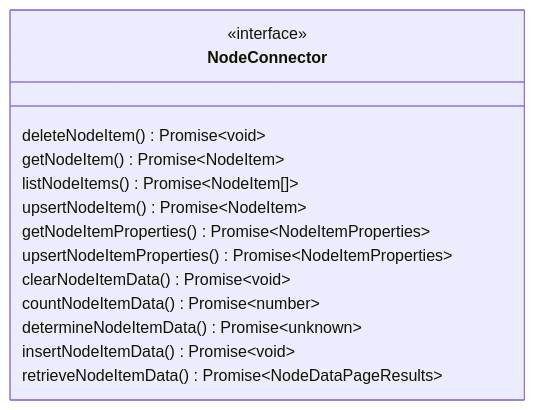
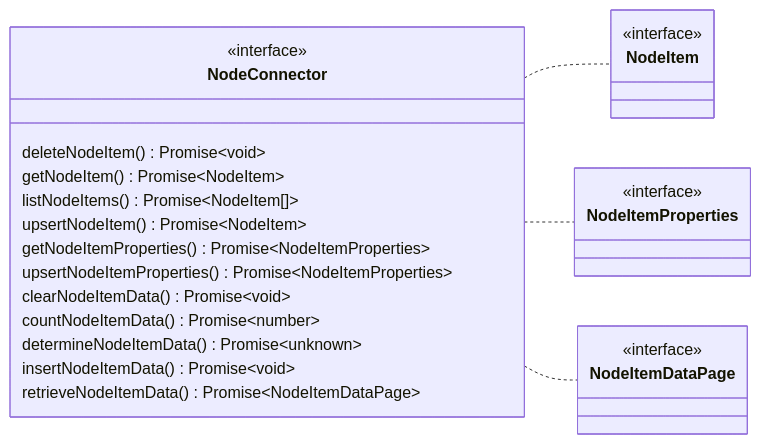
Before and after one commit to data-positioning/datapos-shared: the seventh of 16 diagrams in README.md, drawn with Mermaid. The commit also changed 3 other files, not shown here.

````diff
--- a/README.md
+++ b/README.md
@@ -246,19 +246,34 @@
 ```mermaid
 classDiagram
     direction LR
 
     class NodeConnector {
         <<interface>>
         deleteNodeItem() Promise~void~
         getNodeItem() Promise~NodeItem~
         listNodeItems() Promise~NodeItem[]~
         upsertNodeItem() Promise~NodeItem~
         getNodeItemProperties() Promise~NodeItemProperties~
         upsertNodeItemProperties() Promise~NodeItemProperties~
         clearNodeItemData() Promise~void~
         countNodeItemData() Promise~number~
         determineNodeItemData() Promise~unknown~
         insertNodeItemData() Promise~void~
-        retrieveNodeItemData() Promise~NodeDataPageResults~
+        retrieveNodeItemData() Promise~NodeItemDataPage~
     }
+
+    class NodeItem {
+        <<interface>>
+    }
+
+    class NodeItemProperties {
+        <<interface>>
+    }
+
+    class NodeItemDataPage {
+        <<interface>>}
+
+    NodeConnector .. NodeItem
+    NodeConnector .. NodeItemProperties
+    NodeConnector .. NodeItemDataPage
 ```
````
